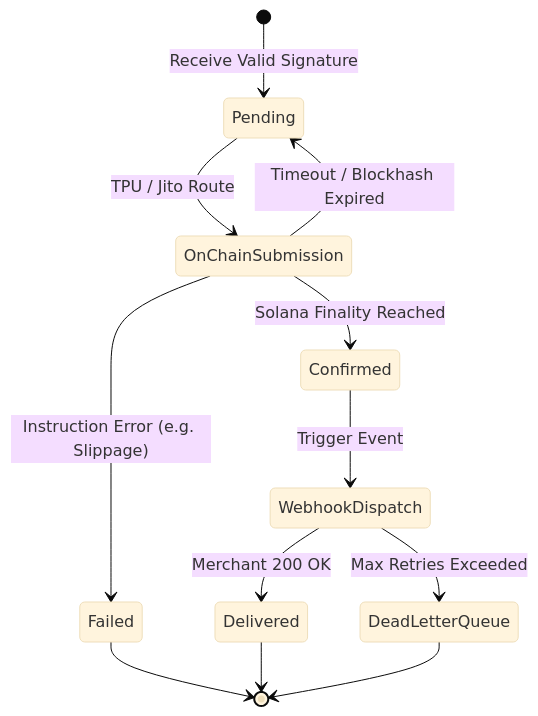
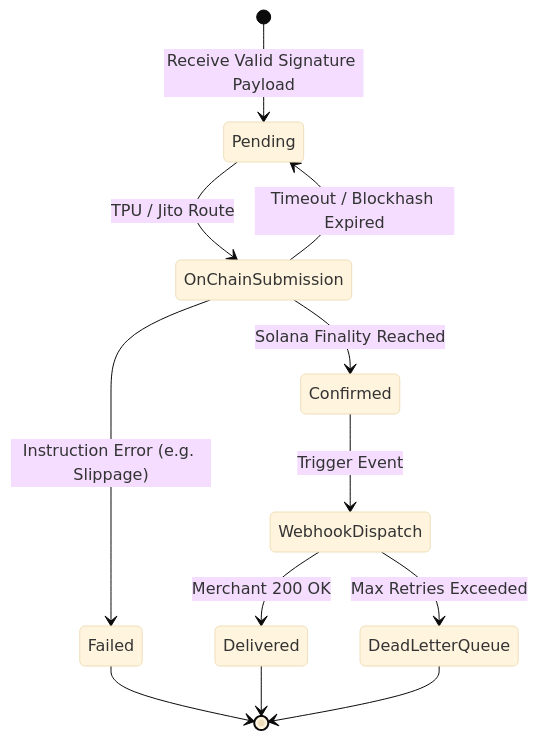
The second of 3 diagrams in README.md (sks006/stablecoin_payment_system), drawn with Mermaid (base theme) before and after one commit. The commit also changed other lines of this file, not shown here.

````diff
--- a/README.md
+++ b/README.md
@@ -52,18 +55,19 @@
 ```mermaid
 stateDiagram-v2
-    [*] --> Pending : Receive Valid Signature
+    [*] --> Pending : Receive Valid Signature Payload
     Pending --> OnChainSubmission : TPU / Jito Route
     
     OnChainSubmission --> Pending : Timeout / Blockhash Expired
     OnChainSubmission --> Confirmed : Solana Finality Reached
     OnChainSubmission --> Failed : Instruction Error (e.g. Slippage)
     
     Confirmed --> WebhookDispatch : Trigger Event
     WebhookDispatch --> Delivered : Merchant 200 OK
     WebhookDispatch --> DeadLetterQueue : Max Retries Exceeded
     
     Failed --> [*]
     Delivered --> [*]
     DeadLetterQueue --> [*]
 
+
 ```
````
